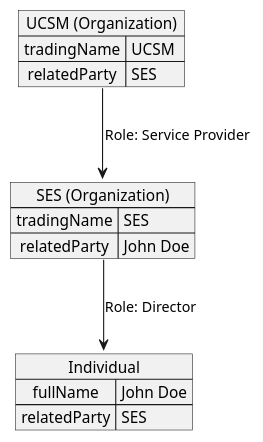
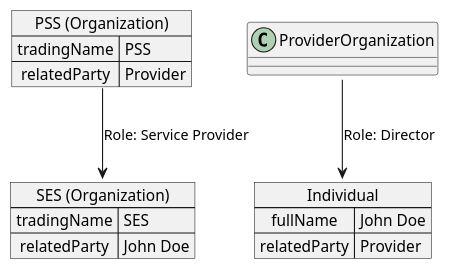
One commit to psi-consortium/psi changed the diagram in doc/PSI/PSI-ADR/Accepted/ADR010-party-management-api_V1.1.md. Above: the diagram before and after it, drawn with PlantUML. The commit also changed 1 other file, not shown here.

Commit message:
refactor: update party management API mappings
Replace specific software references organization with PSS organization in API
mappings to better reflect current structure and relationships.
Adjust related party references to align with new provider
entity, enhancing overall clarity in the documentation.
Update the decision outcome for the UI prototyping tool
to remove specific software references, streamlining the
approach to showcasing the interface.

````diff
--- a/doc/PSI/PSI-ADR/Accepted/ADR010-party-management-api_V1.1.md
+++ b/doc/PSI/PSI-ADR/Accepted/ADR010-party-management-api_V1.1.md
@@ -54,25 +54,25 @@
 ```plantuml
 
 @startuml
 
 map "SES (Organization)" as SesOrganization {
   tradingName => SES
   relatedParty => John Doe
 }
 
-map "UCSM (Organization)" as UcsmOrganization {
-  tradingName => UCSM
-  relatedParty => SES
+map "PSS (Organization)" as PSSOrganization {
+  tradingName => PSS
+  relatedParty => Provider
 }
 
 map Individual {
   fullName => John Doe
-  relatedParty => SES
+  relatedParty => Provider
 }
 
-UcsmOrganization::relatedParty --> SesOrganization : Role: Service Provider
-SesOrganization::relatedParty --> Individual : Role: Director
+PSSOrganization::relatedParty --> SesOrganization : Role: Service Provider
+ProviderOrganization::relatedParty --> Individual : Role: Director
 
 @enduml
 
 ```
````
